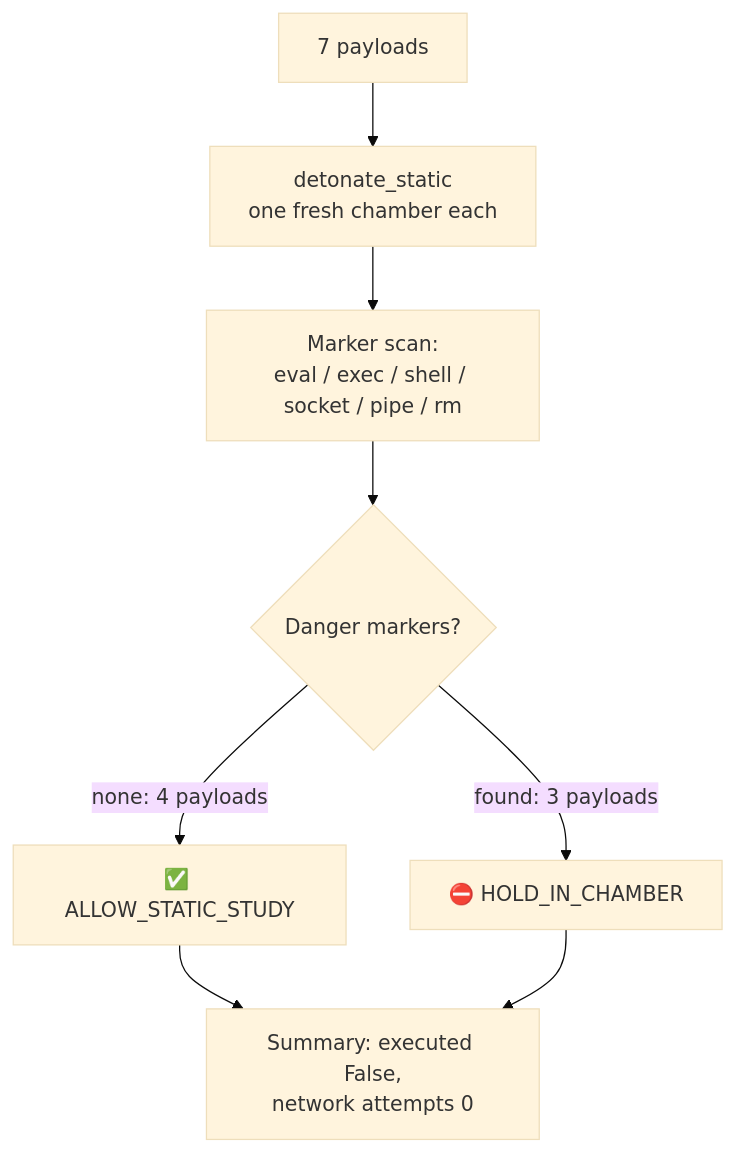
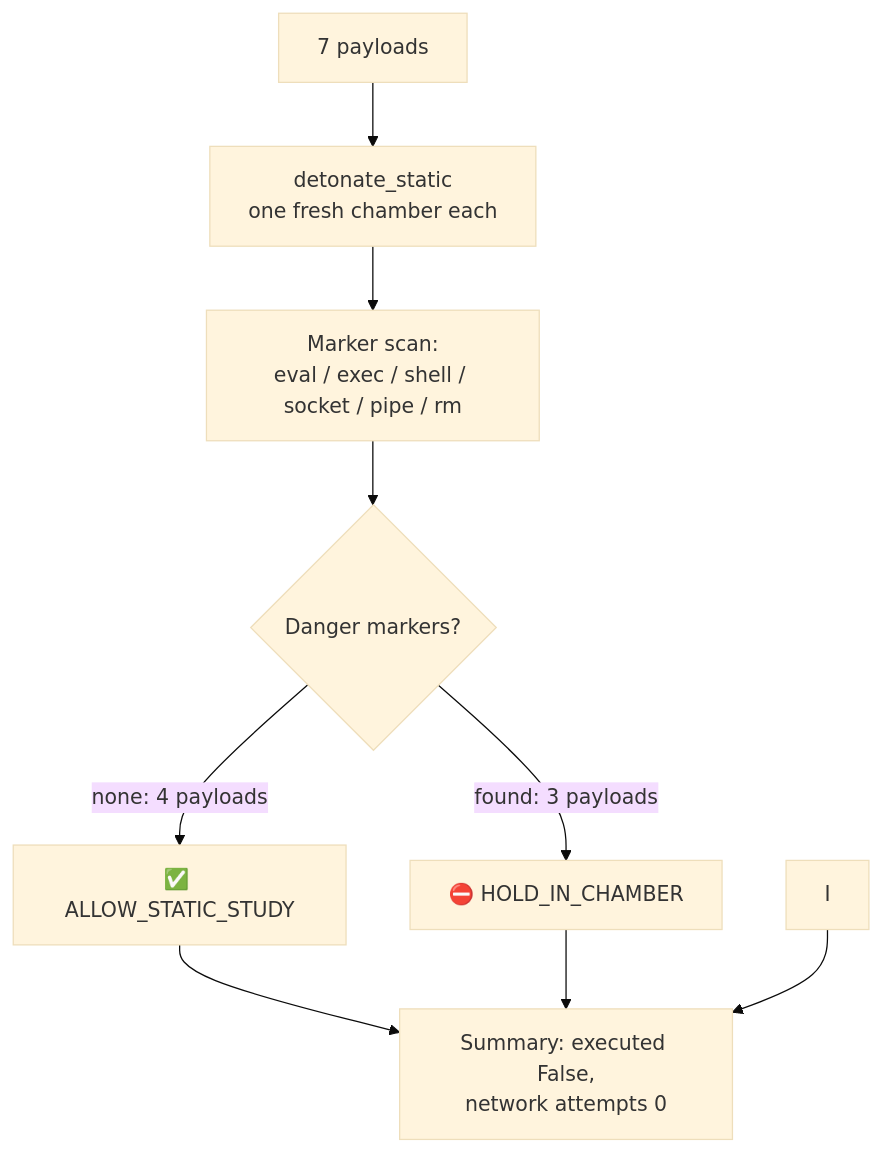
One commit to kimanicollier44-cmyk/Q6G-1TB changed diagram 11 of 15 in README.md. Above: the diagram before and after it, drawn with Mermaid (base theme). The commit also changed other lines of this file and 9 other files, not shown here.

Commit message:
Q6G-1TB v1.2.0: merge DI-MIXER + topology + Google Flow + Gemini Carbon 4 / Muse full seats - gates 16, pytest 21, CHECKS 24/24

````diff
--- a/README.md
+++ b/README.md
@@ -341,10 +406,11 @@
 ```mermaid
 flowchart TD
     A[7 payloads] --> B[detonate_static<br/>one fresh chamber each]
     B --> C[Marker scan:<br/>eval / exec / shell / socket / pipe / rm]
     C --> D{Danger markers?}
     D -->|none: 4 payloads| E[✅ ALLOW_STATIC_STUDY]
     D -->|found: 3 payloads| F[⛔ HOLD_IN_CHAMBER]
     E --> G[Summary: executed False,<br/>network attempts 0]
     F --> G
+    I --> G
 ```
````
